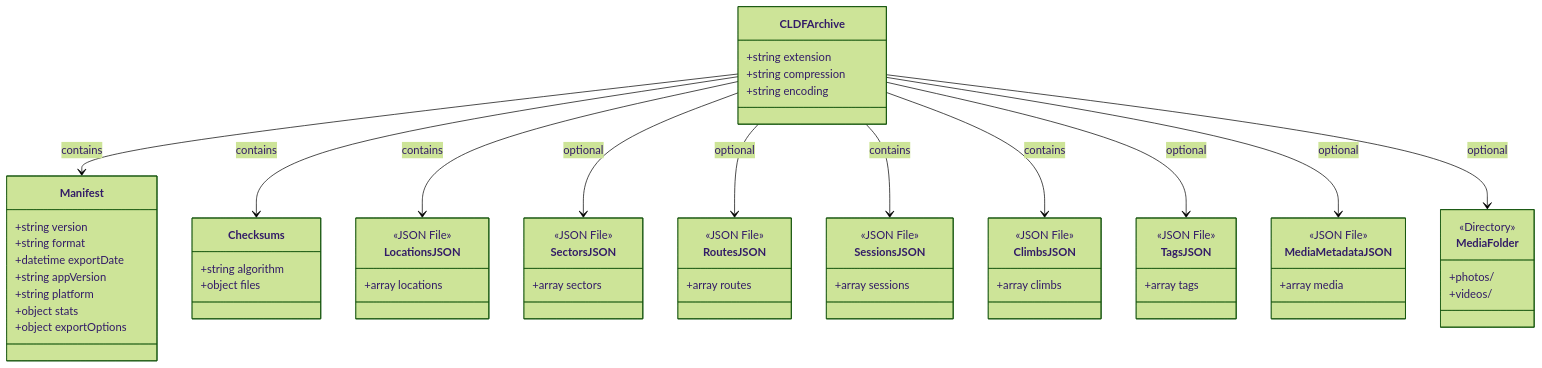
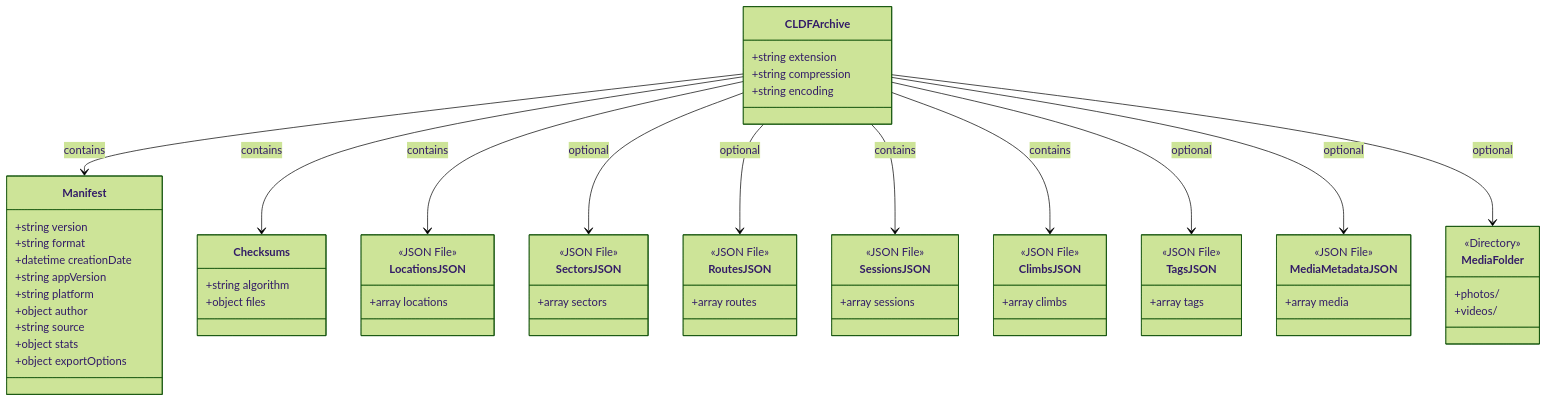
Before and after one commit to petrmac/crushlog-data-format-spec: the fourth of 4 diagrams in README.md, drawn with Mermaid (forest theme). The commit also changed other lines of this file and 9 other files, not shown here.

````diff
--- a/README.md
+++ b/README.md
@@ -428,75 +443,77 @@
 ```mermaid
 classDiagram
     class CLDFArchive {
         +string extension
         +string compression
         +string encoding
     }
     
     class Manifest {
         +string version
         +string format
-        +datetime exportDate
+        +datetime creationDate
         +string appVersion
         +string platform
+        +object author
+        +string source
         +object stats
         +object exportOptions
     }
     
     class Checksums {
         +string algorithm
         +object files
     }
     
     class LocationsJSON {
         <<JSON File>>
         +array locations
     }
     
     class SectorsJSON {
         <<JSON File>>
         +array sectors
     }
     
     class RoutesJSON {
         <<JSON File>>
         +array routes
     }
     
     class SessionsJSON {
         <<JSON File>>
         +array sessions
     }
     
     class ClimbsJSON {
         <<JSON File>>
         +array climbs
     }
     
     class TagsJSON {
         <<JSON File>>
         +array tags
     }
     
     class MediaMetadataJSON {
         <<JSON File>>
         +array media
     }
     
     class MediaFolder {
         <<Directory>>
         +photos/
         +videos/
     }
     
     CLDFArchive --> Manifest : contains
     CLDFArchive --> Checksums : contains
     CLDFArchive --> LocationsJSON : contains
     CLDFArchive --> SectorsJSON : optional
     CLDFArchive --> RoutesJSON : optional
     CLDFArchive --> SessionsJSON : contains
     CLDFArchive --> ClimbsJSON : contains
     CLDFArchive --> TagsJSON : optional
     CLDFArchive --> MediaMetadataJSON : optional
     CLDFArchive --> MediaFolder : optional
 ```
````
